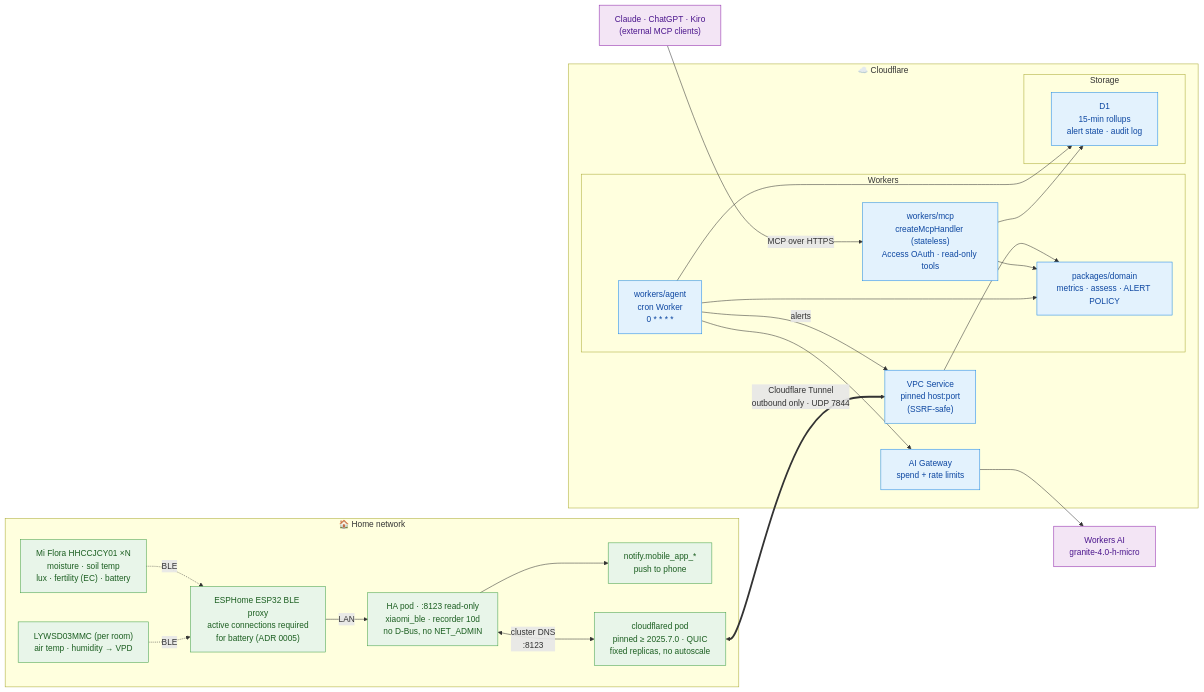
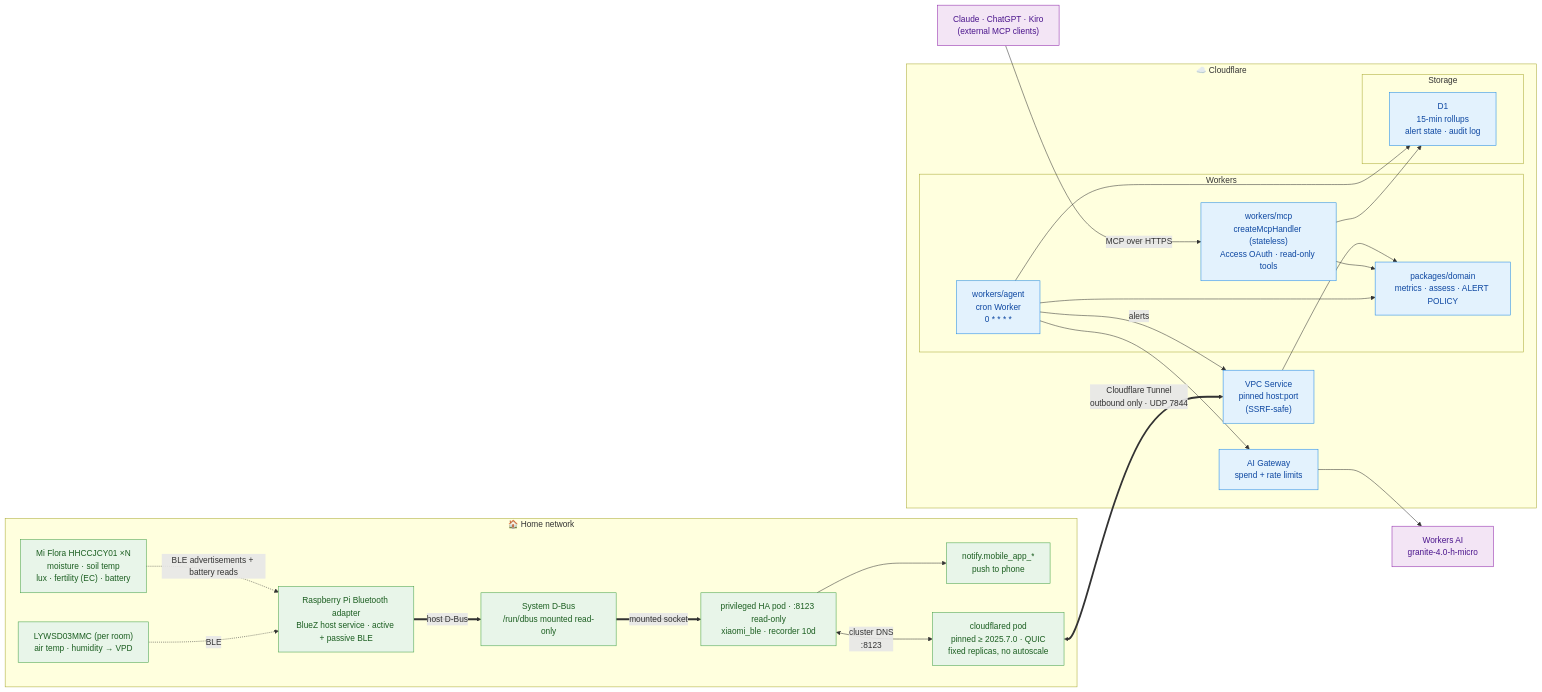
The diagram in docs/architecture.md (mysticrenji/agent-greenhopper), drawn with Mermaid before and after one commit. The commit also changed other lines of this file and 5 other files, not shown here.

````diff
--- a/docs/architecture.md
+++ b/docs/architecture.md
@@ -12,55 +12,57 @@
 ```mermaid
 flowchart LR
     subgraph HOME["🏠 Home network"]
         MIFLORA["Mi Flora HHCCJCY01 ×N<br/>moisture · soil temp<br/>lux · fertility (EC) · battery"]
         RHSENSOR["LYWSD03MMC (per room)<br/>air temp · humidity → VPD"]
-        PROXY["ESPHome ESP32 BLE proxy<br/>active connections required<br/>for battery (ADR 0005)"]
-        HA["HA pod · :8123 read-only<br/>xiaomi_ble · recorder 10d<br/>no D-Bus, no NET_ADMIN"]
+        BT["Raspberry Pi Bluetooth adapter<br/>BlueZ host service · active + passive BLE"]
+        DBUS["System D-Bus<br/>/run/dbus mounted read-only"]
+        HA["privileged HA pod · :8123 read-only<br/>xiaomi_ble · recorder 10d"]
         NOTIFY["notify.mobile_app_*<br/>push to phone"]
         CFD["cloudflared pod<br/>pinned ≥ 2025.7.0 · QUIC<br/>fixed replicas, no autoscale"]
 
-        MIFLORA -. BLE .-> PROXY
-        RHSENSOR -. BLE .-> PROXY
-        PROXY -- "LAN" --> HA
+        MIFLORA -. "BLE advertisements + battery reads" .-> BT
+        RHSENSOR -. BLE .-> BT
+        BT == "host D-Bus" ==> DBUS
+        DBUS == "mounted socket" ==> HA
         HA <-- "cluster DNS<br/>:8123" --> CFD
         HA --> NOTIFY
     end
 
     CFD <== "Cloudflare Tunnel<br/>outbound only · UDP 7844" ==> VPC
 
     subgraph CF["☁️ Cloudflare"]
         VPC["VPC Service<br/>pinned host:port<br/>(SSRF-safe)"]
 
         subgraph WORKERS["Workers"]
             MCP["workers/mcp<br/>createMcpHandler (stateless)<br/>Access OAuth · read-only tools"]
             AGENT["workers/agent<br/>cron Worker<br/>0 * * * *"]
             CORE["packages/domain<br/>metrics · assess · ALERT POLICY"]
         end
 
         subgraph STORE["Storage"]
             D1["D1<br/>15-min rollups<br/>alert state · audit log"]
         end
 
         GW["AI Gateway<br/>spend + rate limits"]
     end
 
     LLM["Workers AI<br/>granite-4.0-h-micro"]
     CLIENTS["Claude · ChatGPT · Kiro<br/>(external MCP clients)"]
 
     VPC --> CORE
     MCP --> CORE
     AGENT --> CORE
     AGENT --> D1
     MCP --> D1
     AGENT --> GW
     GW --> LLM
     AGENT -- "alerts" --> VPC
     CLIENTS -- "MCP over HTTPS" --> MCP
 
     classDef home fill:#e8f5e9,stroke:#43a047,color:#1b5e20
     classDef cloud fill:#e3f2fd,stroke:#1e88e5,color:#0d47a1
     classDef ext fill:#f3e5f5,stroke:#8e24aa,color:#4a148c
-    class MIFLORA,RHSENSOR,PROXY,HA,NOTIFY,CFD home
+    class MIFLORA,RHSENSOR,BT,DBUS,HA,NOTIFY,CFD home
     class VPC,MCP,AGENT,CORE,D1,GW cloud
     class LLM,CLIENTS ext
 ```
````
